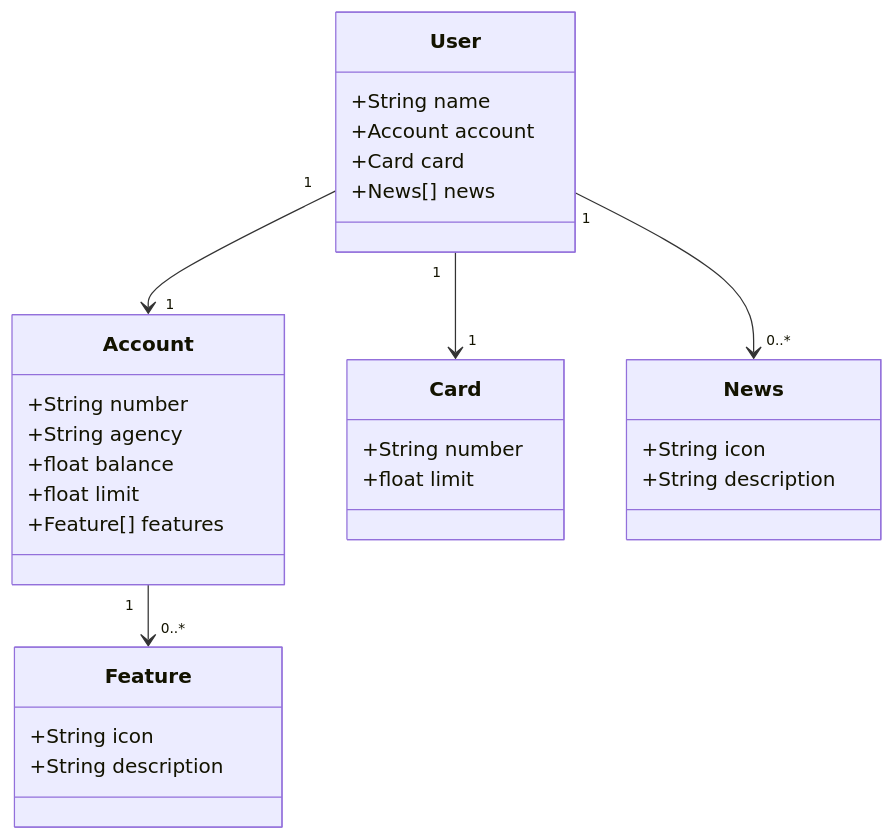
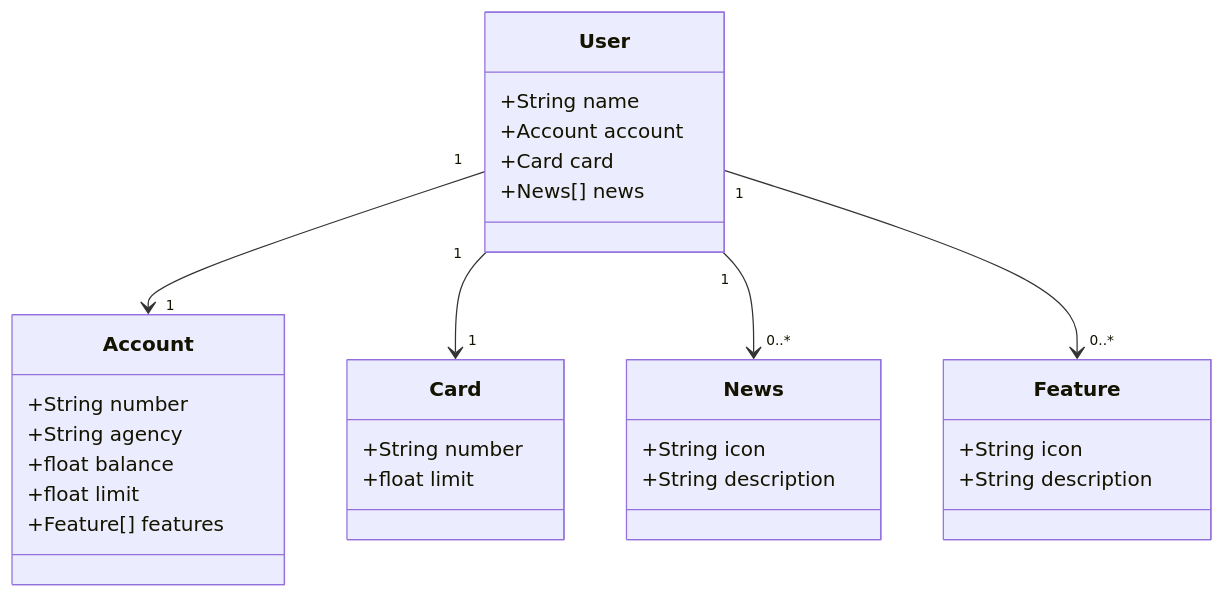
One commit to igormanoels/.Estudos-em-Java changed the diagram in DIO - Bootcamp Santander 2024 - Backend com Java/DIO_04_SpringBoot/lab-padros-projeto-restful/readme.md. Above: the diagram before and after it, drawn with Mermaid.

Commit message:
Update readme.md
Ajuste nos relacionamentos.

````diff
--- a/DIO - Bootcamp Santander 2024 - Backend com Java/DIO_04_SpringBoot/lab-padros-projeto-restful/readme.md
+++ b/DIO - Bootcamp Santander 2024 - Backend com Java/DIO_04_SpringBoot/lab-padros-projeto-restful/readme.md
@@ -8,37 +8,37 @@
 ``` mermaid
 classDiagram
     class Account {
         +String number
         +String agency
         +float balance
         +float limit
         +Feature[] features
     }
 
     class Feature {
         +String icon
         +String description
     }
 
     class Card {
         +String number
         +float limit
     }
 
     class News {
         +String icon
         +String description
     }
 
     class User {
         +String name
         +Account account
         +Card card
         +News[] news
     }
 
     User "1" --> "1" Account
     User "1" --> "1" Card
     User "1" --> "0..*" News
-    Account "1" --> "0..*" Feature
+    User "1" --> "0..*" Feature
 ``` 
````
